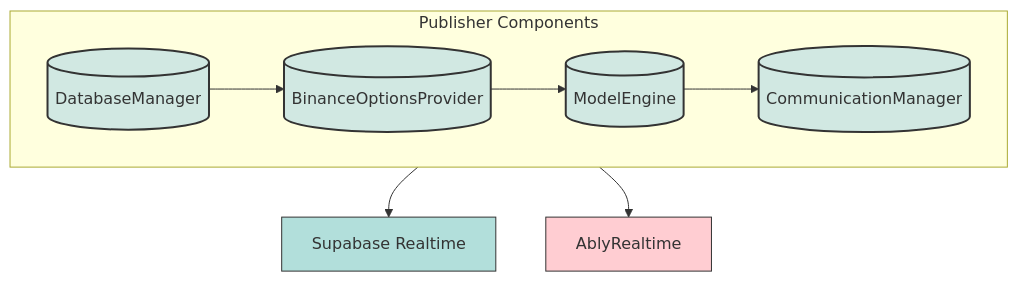
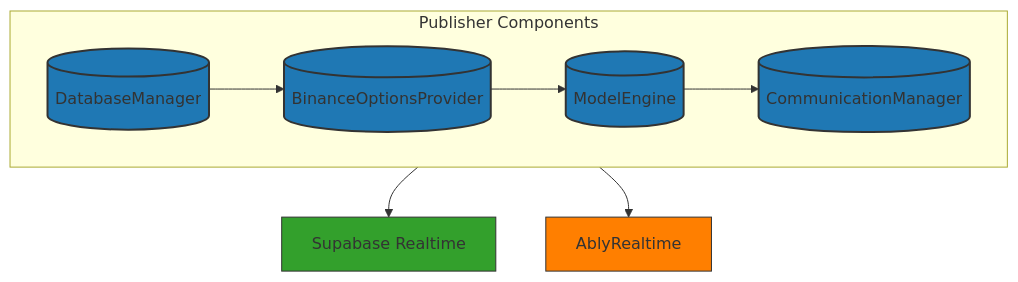
The first of 2 diagrams in README.md (DanielVelmo/options_pricing_dashboard), drawn with Mermaid before and after one commit. The commit also changed other lines of this file, not shown here.

````diff
--- a/README.md
+++ b/README.md
@@ -49,23 +49,23 @@
 ```mermaid
 flowchart TB
   subgraph PublisherComponents [Publisher Components]
     direction LR
     DBM[(DatabaseManager)]
     BOP[(BinanceOptionsProvider)]
     ME[(ModelEngine)]
     CM[(CommunicationManager)]
   end
 
   DBM --> BOP
   BOP --> ME
   ME --> CM
   CM --> SB1[Supabase Realtime]
   CM --> AB1[AblyRealtime]
 
-  style DBM fill:#D1E8E2,stroke:#333,stroke-width:2px
-  style BOP fill:#D1E8E2,stroke:#333,stroke-width:2px
-  style ME fill:#D1E8E2,stroke:#333,stroke-width:2px
-  style CM fill:#D1E8E2,stroke:#333,stroke-width:2px
-  style SB1 fill:#B2DFDB,stroke:#333,stroke-width:1px
-  style AB1 fill:#FFCDD2,stroke:#333,stroke-width:1px
+  style DBM fill:#1F78B4,stroke:#333,stroke-width:2px
+  style BOP fill:#1F78B4,stroke:#333,stroke-width:2px
+  style ME fill:#1F78B4,stroke:#333,stroke-width:2px
+  style CM fill:#1F78B4,stroke:#333,stroke-width:2px
+  style SB1 fill:#33A02C,stroke:#333,stroke-width:1px
+  style AB1 fill:#FF7F00,stroke:#333,stroke-width:1px
 ```
````
